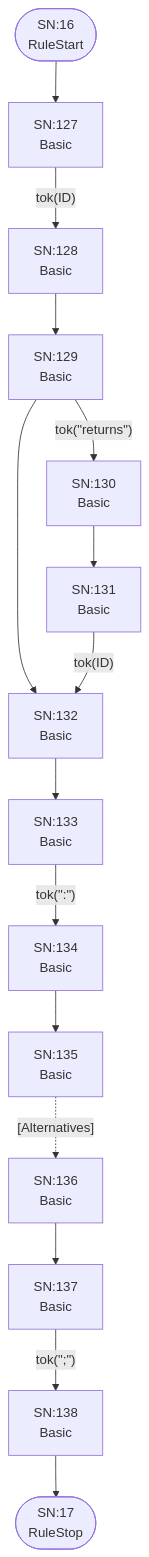
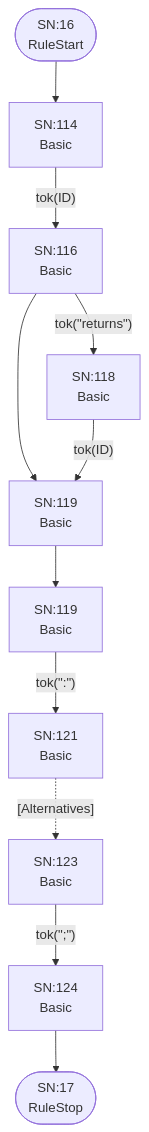
The ninth of 25 diagrams in internal/grammar/atn.md (TypeFox/fastbelt), drawn with Mermaid before and after one commit. The commit also changed other lines of this file and 4 other files, not shown here.

````diff
--- a/internal/grammar/atn.md
+++ b/internal/grammar/atn.md
@@ -251,32 +225,24 @@
 ```mermaid
 flowchart TD
     q16(["SN:16<br/>RuleStart"])
     q17(["SN:17<br/>RuleStop"])
-    q127["SN:127<br/>Basic<br/>"]
-    q128["SN:128<br/>Basic<br/>"]
-    q129["SN:129<br/>Basic<br/>"]
-    q130["SN:130<br/>Basic<br/>"]
-    q131["SN:131<br/>Basic<br/>"]
-    q132["SN:132<br/>Basic<br/>"]
-    q133["SN:133<br/>Basic<br/>"]
-    q134["SN:134<br/>Basic<br/>"]
-    q135["SN:135<br/>Basic<br/>"]
-    q136["SN:136<br/>Basic<br/>"]
-    q137["SN:137<br/>Basic<br/>"]
-    q138["SN:138<br/>Basic<br/>"]
+    q114["SN:114<br/>Basic<br/>"]
+    q115["SN:116<br/>Basic<br/>"]
+    q116["SN:118<br/>Basic<br/>"]
+    q117["SN:119<br/>Basic<br/>"]
+    q118["SN:119<br/>Basic<br/>"]
+    q119["SN:121<br/>Basic<br/>"]
+    q120["SN:123<br/>Basic<br/>"]
+    q121["SN:124<br/>Basic<br/>"]
 
-    q16 --> q127
-    q127 -->|"tok(ID)"| q128
-    q128 --> q129
-    q129 -->|"tok(&quot;returns&quot;)"| q130
-    q129 --> q132
-    q130 --> q131
-    q131 -->|"tok(ID)"| q132
-    q132 --> q133
-    q133 -->|"tok(&quot;:&quot;)"| q134
-    q134 --> q135
-    q135 -.->|"[Alternatives]"| q136
-    q136 --> q137
-    q137 -->|"tok(&quot;;&quot;)"| q138
-    q138 --> q17
+    q16 --> q114
+    q114 -->|"tok(ID)"| q115
+    q115 -->|"tok(&quot;returns&quot;)"| q116
+    q115 --> q117
+    q116 -->|"tok(ID)"| q117
+    q117 --> q118
+    q118 -->|"tok(&quot;:&quot;)"| q119
+    q119 -.->|"[Alternatives]"| q120
+    q120 -->|"tok(&quot;;&quot;)"| q121
+    q121 --> q17
 ```
````
